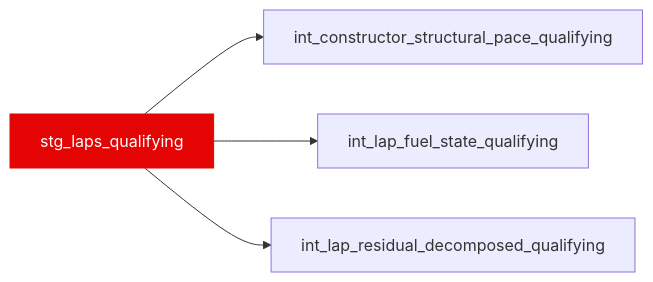
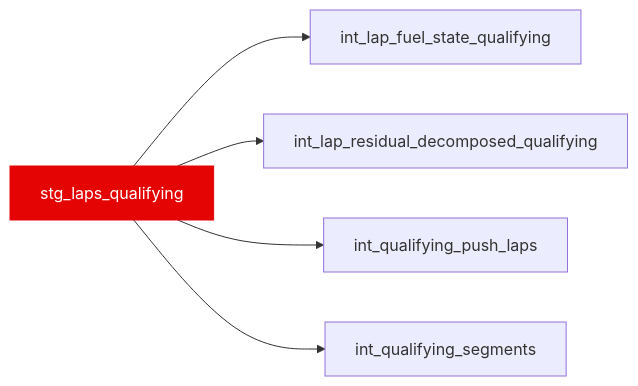
The diagram in docs/reference/models/stg/stg_laps_qualifying.mdx (JustinClarke/off-the-pace), drawn with Mermaid before and after one commit. The commit also changed other lines of this file and 89 other files, not shown here.

````diff
--- a/docs/reference/models/stg/stg_laps_qualifying.mdx
+++ b/docs/reference/models/stg/stg_laps_qualifying.mdx
@@ -15,7 +15,8 @@
 ```mermaid
 flowchart LR
-  stg_laps_qualifying --> int_constructor_structural_pace_qualifying
   stg_laps_qualifying --> int_lap_fuel_state_qualifying
   stg_laps_qualifying --> int_lap_residual_decomposed_qualifying
+  stg_laps_qualifying --> int_qualifying_push_laps
+  stg_laps_qualifying --> int_qualifying_segments
   style stg_laps_qualifying fill:#e40404,stroke:#e40404,color:#fff
 ```
````
